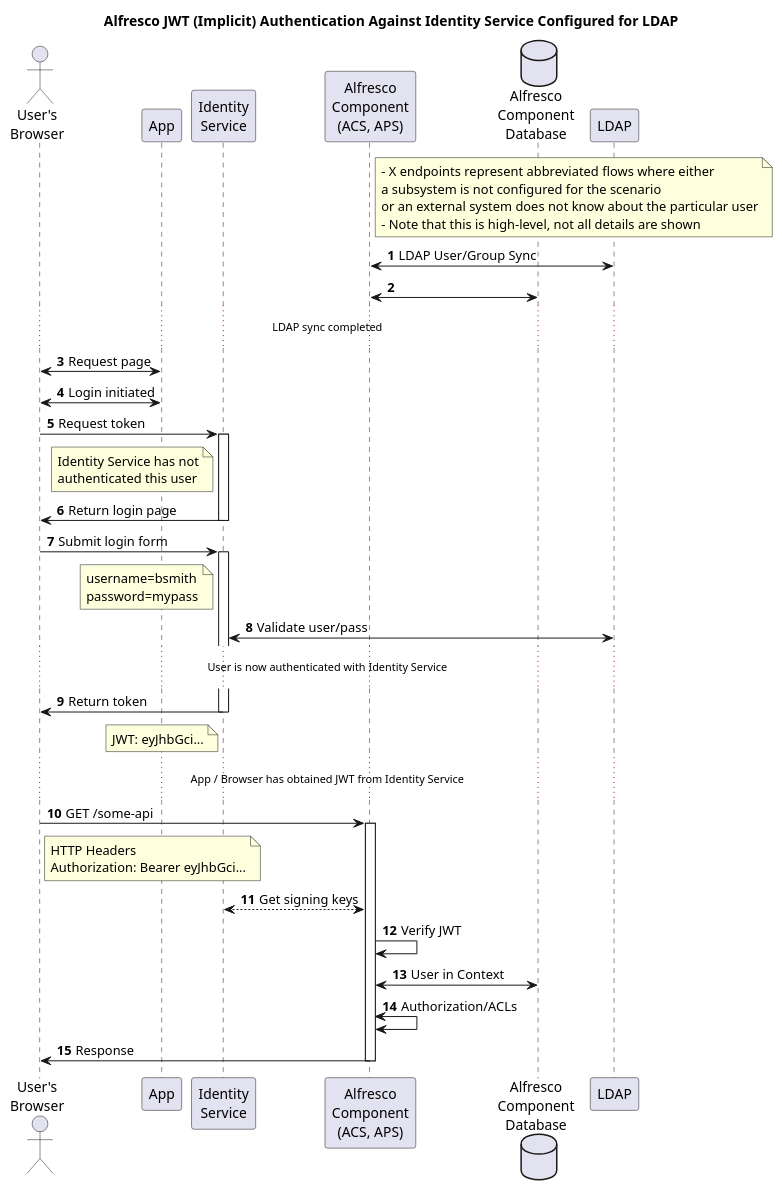
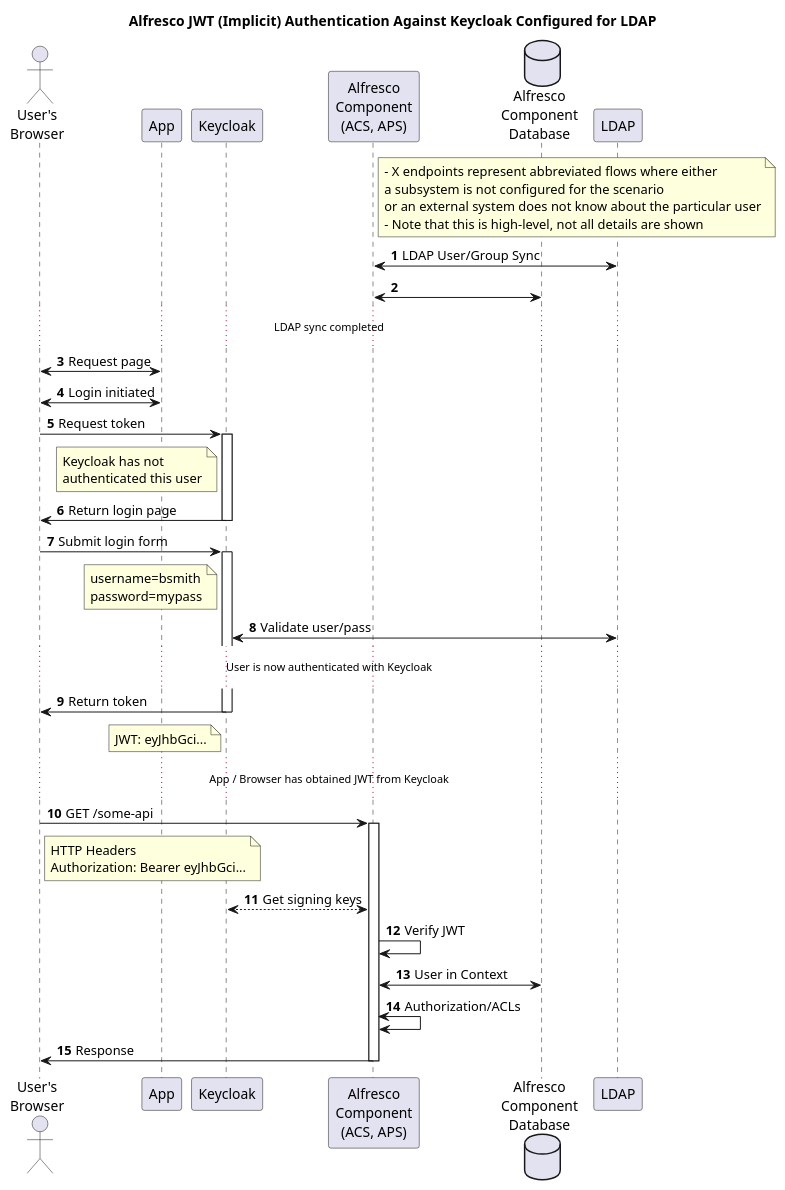
The diagram in docs/resource/sequence/high-level-ldap-auth-sequence.puml (Alfresco/alfresco-identity-service), drawn with PlantUML before and after one commit. The commit also changed 46 other files, not shown here.

```diff
--- a/docs/resource/sequence/high-level-ldap-auth-sequence.puml
+++ b/docs/resource/sequence/high-level-ldap-auth-sequence.puml
@@ -1,59 +1,59 @@
 @startuml
 autonumber
-Title: Alfresco JWT (Implicit) Authentication Against Identity Service Configured for LDAP
+Title: Alfresco JWT (Implicit) Authentication Against Keycloak Configured for LDAP
 
 actor "User's\nBrowser" as UB
 participant "App" as APP
-participant "Identity\nService" as IS
+participant "Keycloak" as KC
 participant "Alfresco\nComponent\n(ACS, APS)" as ALFC
 database "Alfresco\nComponent\nDatabase" as ALFCDB
 participant "LDAP" as LDAP
 
 note right of ALFC
 - X endpoints represent abbreviated flows where either 
 a subsystem is not configured for the scenario
 or an external system does not know about the particular user
 - Note that this is high-level, not all details are shown
 end note
 
 ALFC<->LDAP: LDAP User/Group Sync
 ALFC<->ALFCDB
 ... LDAP sync completed ...
 UB<->APP: Request page
 UB<->APP: Login initiated
-UB->IS: Request token
-activate IS
-note left of IS
-Identity Service has not
+UB->KC: Request token
+activate KC
+note left of KC
+Keycloak has not
 authenticated this user
 end note
-IS->UB: Return login page
-deactivate IS
-UB->IS: Submit login form
-activate IS
-note left of IS
+KC->UB: Return login page
+deactivate KC
+UB->KC: Submit login form
+activate KC
+note left of KC
 username=bsmith
 password=mypass
 end note
-IS<->LDAP: Validate user/pass
-... User is now authenticated with Identity Service ...
-IS->UB: Return token
-note left of IS
+KC<->LDAP: Validate user/pass
+... User is now authenticated with Keycloak ...
+KC->UB: Return token
+note left of KC
 JWT: eyJhbGci...
 end note
-deactivate IS
-... App / Browser has obtained JWT from Identity Service ...
+deactivate KC
+... App / Browser has obtained JWT from Keycloak ...
 UB->ALFC: GET /some-api
 note right of UB
 HTTP Headers
 Authorization: Bearer eyJhbGci...
 end note
 activate ALFC
-ALFC<-->IS: Get signing keys
+ALFC<-->KC: Get signing keys
 ALFC->ALFC: Verify JWT
 ALFC<->ALFCDB: User in Context
 ALFC<->ALFC: Authorization/ACLs
 ALFC->UB: Response
 deactivate ALFC
 
 @enduml
```
